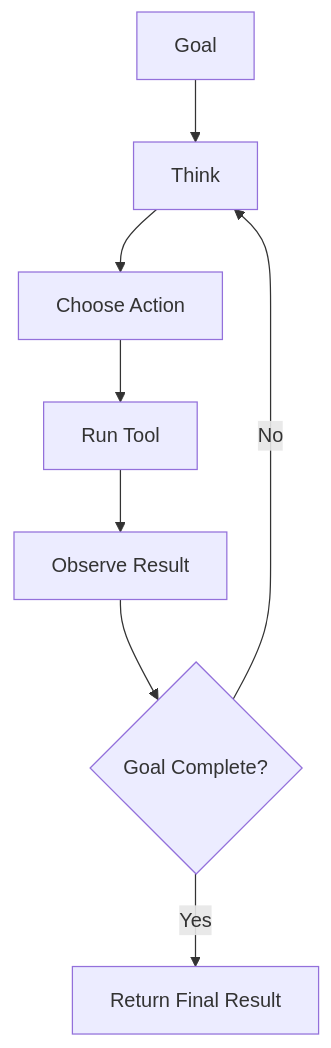
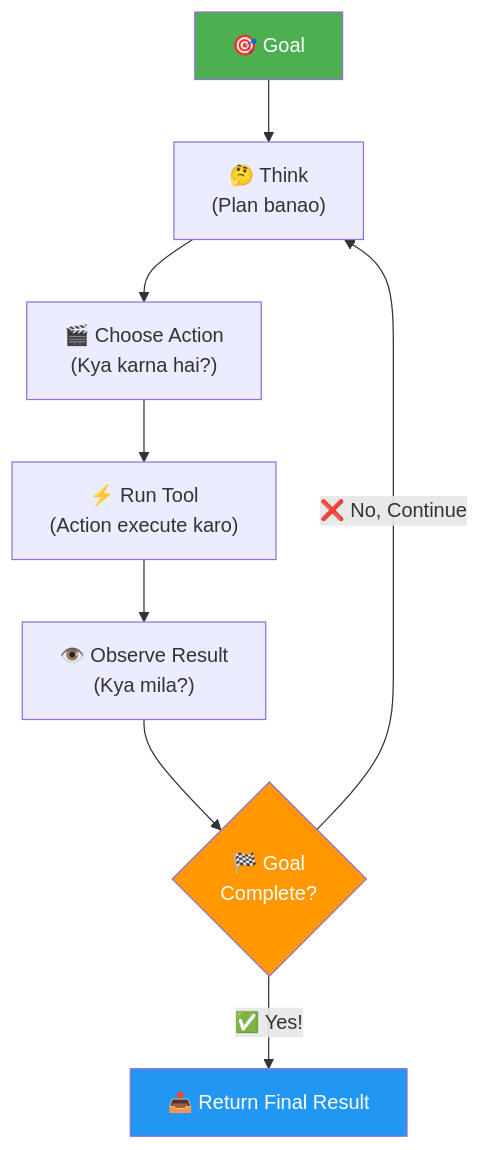
Before and after one commit to Sameer-Malik20/SusaGPT-Build-LLM-From-Scratch-With-Hinglish-Learning-Material: the sixth of 14 diagrams in docs/ai/AI_Agents_Guide.md, drawn with Mermaid. The commit also changed other lines of this file and 10 other files, not shown here.

````diff
--- a/docs/ai/AI_Agents_Guide.md
+++ b/docs/ai/AI_Agents_Guide.md
@@ -155,10 +173,14 @@
 ```mermaid
 flowchart TD
-    A[Goal] --> B[Think]
-    B --> C[Choose Action]
-    C --> D[Run Tool]
-    D --> E[Observe Result]
-    E --> F{Goal Complete?}
-    F -- No --> B
-    F -- Yes --> G[Return Final Result]
+    A["🎯 Goal"] --> B["🤔 Think\n(Plan banao)"]
+    B --> C["🎬 Choose Action\n(Kya karna hai?)"]
+    C --> D["⚡ Run Tool\n(Action execute karo)"]
+    D --> E["👁️ Observe Result\n(Kya mila?)"]
+    E --> F{"🏁 Goal\nComplete?"}
+    F -- "❌ No, Continue" --> B
+    F -- "✅ Yes!" --> G["📤 Return Final Result"]
+
+    style A fill:#4CAF50,color:#fff
+    style G fill:#2196F3,color:#fff
+    style F fill:#FF9800,color:#fff
 ```
````
